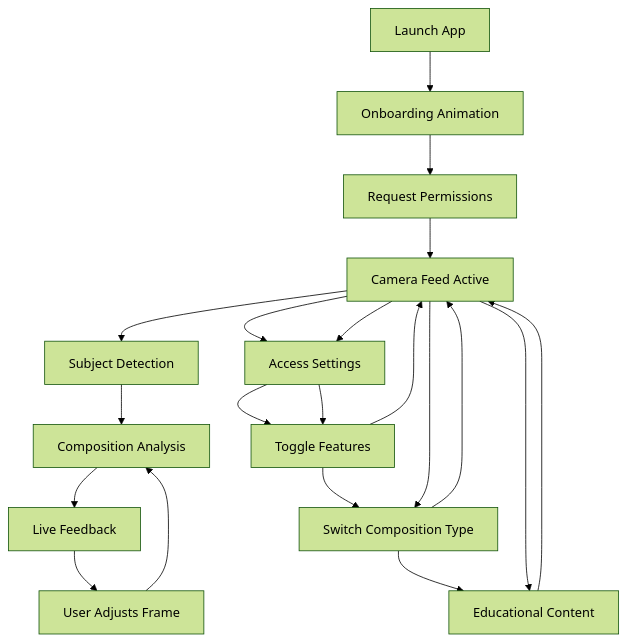
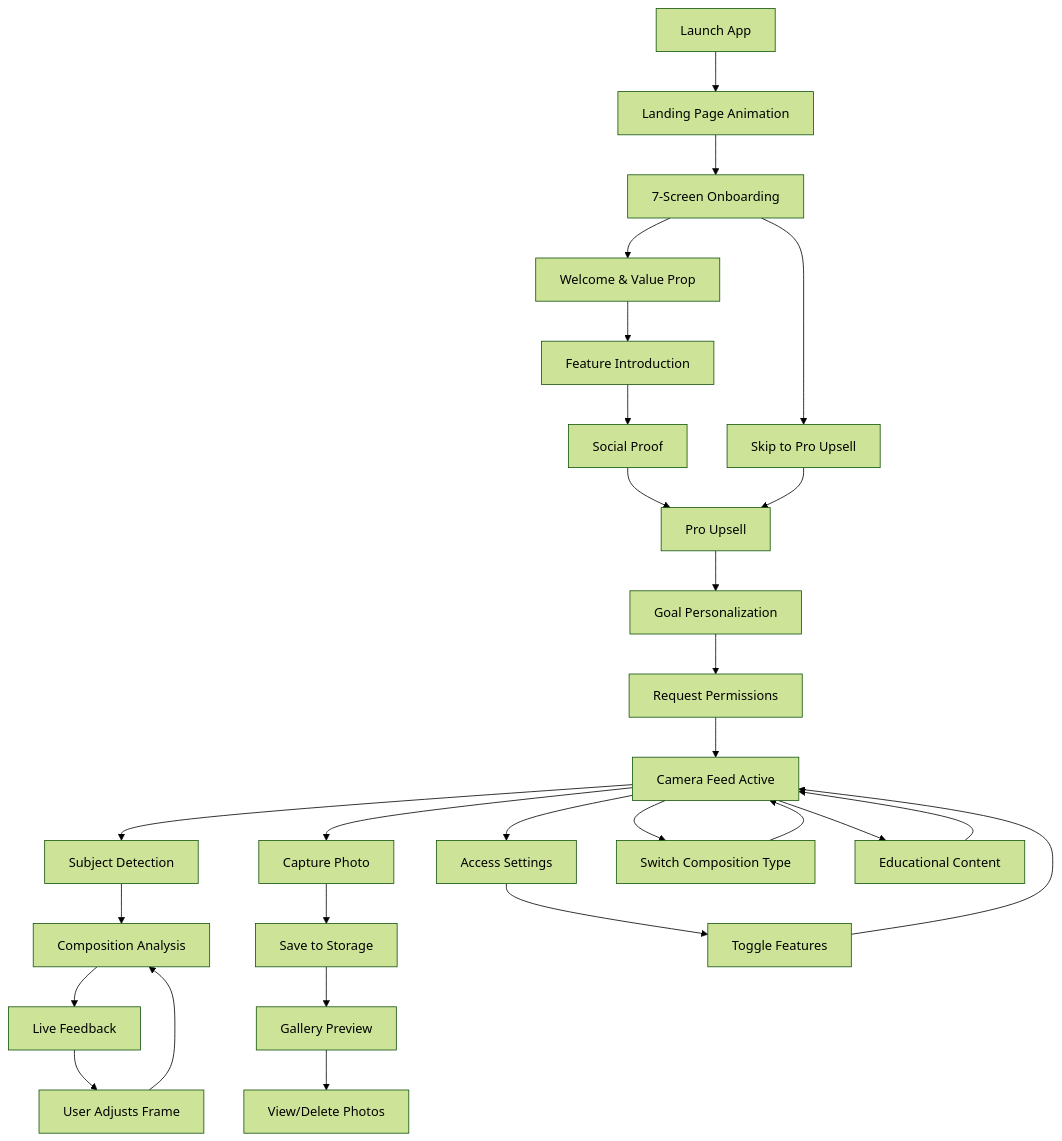
The diagram in Documentation/1_Product/PRODUCT_OVERVIEW.md (Sharkesm/klick-AI-Photo-Composition), drawn with Mermaid (forest theme) before and after one commit. The commit also changed 5 other files, not shown here.

````diff
--- a/Documentation/1_Product/PRODUCT_OVERVIEW.md
+++ b/Documentation/1_Product/PRODUCT_OVERVIEW.md
@@ -43,26 +43,35 @@
 ```mermaid
 graph TD
-    A[Launch App] --> B[Onboarding Animation]
-    B --> C[Request Permissions]
-    C --> D[Camera Feed Active]
-    D --> E[Subject Detection]
-    E --> F[Composition Analysis]
-    F --> G[Live Feedback]
-    G --> H[User Adjusts Frame]
-    H --> F
+    A[Launch App] --> B[Landing Page Animation]
+    B --> C[7-Screen Onboarding]
+    C --> C1[Welcome & Value Prop]
+    C1 --> C2[Feature Introduction]
+    C2 --> C3[Social Proof]
+    C3 --> C4[Pro Upsell]
+    C4 --> C5[Goal Personalization]
+    C5 --> D[Request Permissions]
+    D --> E[Camera Feed Active]
+    E --> F[Subject Detection]
+    F --> G[Composition Analysis]
+    G --> H[Live Feedback]
+    H --> I[User Adjusts Frame]
+    I --> G
     
-    D --> I[Capture Photo]
-    I --> J[Save to Storage]
-    J --> K[Gallery Preview]
-    K --> L[View/Delete Photos]
+    E --> J[Capture Photo]
+    J --> K[Save to Storage]
+    K --> L[Gallery Preview]
+    L --> M[View/Delete Photos]
     
-    D --> I[Access Settings]
-    I --> J[Toggle Features]
-    J --> D
+    E --> N[Access Settings]
+    N --> O[Toggle Features]
+    O --> E
     
-    D --> K[Switch Composition Type]
-    K --> D
+    E --> P[Switch Composition Type]
+    P --> E
     
-    D --> L[Educational Content]
-    L --> D
+    E --> Q[Educational Content]
+    Q --> E
+    
+    C --> C6[Skip to Pro Upsell]
+    C6 --> C4
 ```
````
